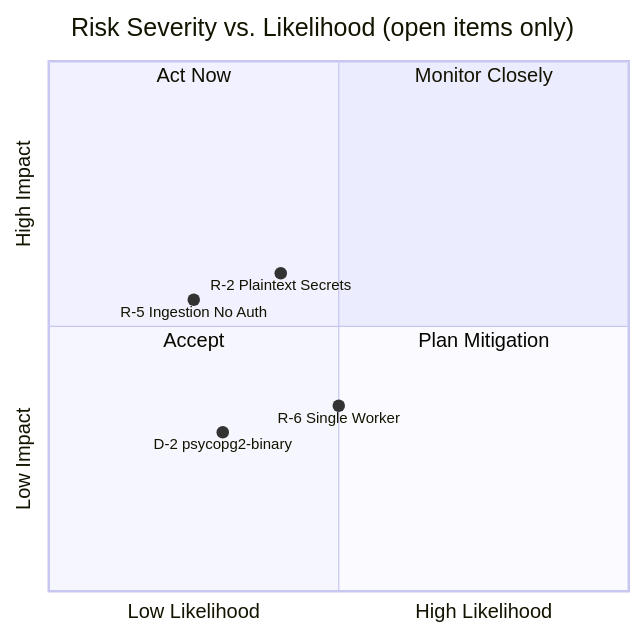
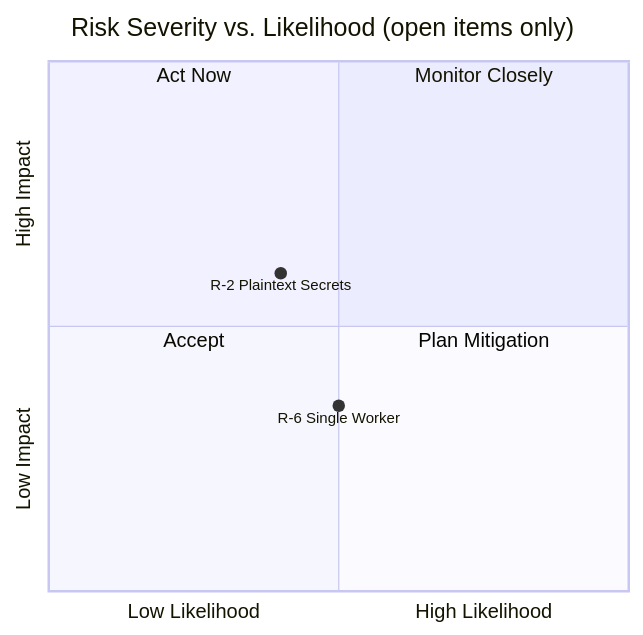
Before and after one commit to frogfromlake/aer: the diagram in docs/arc42/11_risks_and_technical_debts.md, drawn with Mermaid. The commit also changed other lines of this file and 13 other files, not shown here.

````diff
--- a/docs/arc42/11_risks_and_technical_debts.md
+++ b/docs/arc42/11_risks_and_technical_debts.md
@@ -197,14 +195,12 @@
 ```mermaid
 quadrantChart
     title Risk Severity vs. Likelihood (open items only)
     x-axis "Low Likelihood" --> "High Likelihood"
     y-axis "Low Impact" --> "High Impact"
     quadrant-1 "Monitor Closely"
     quadrant-2 "Act Now"
     quadrant-3 "Accept"
     quadrant-4 "Plan Mitigation"
     "R-2 Plaintext Secrets": [0.4, 0.6]
-    "R-5 Ingestion No Auth": [0.25, 0.55]
     "R-6 Single Worker": [0.5, 0.35]
-    "D-2 psycopg2-binary": [0.3, 0.3]
 ```
````
